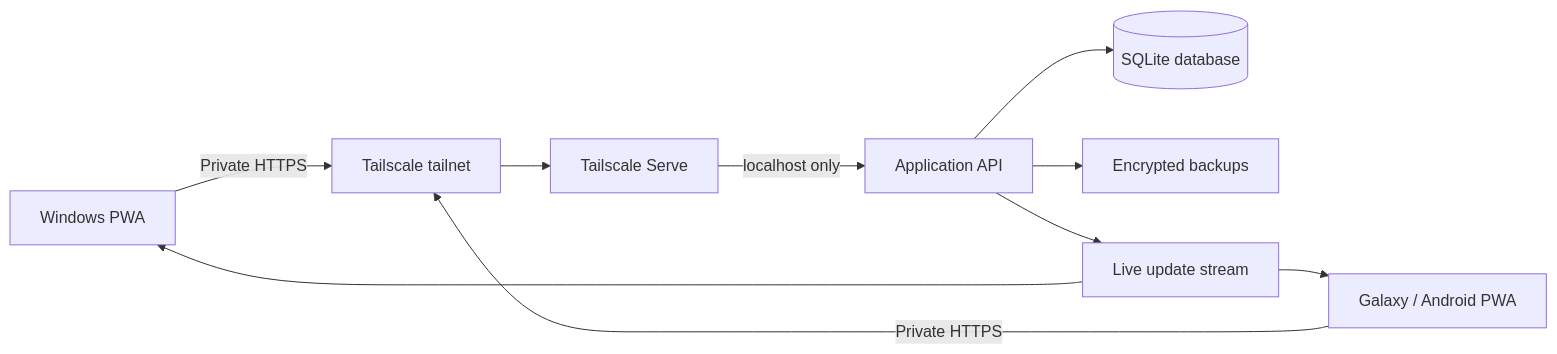
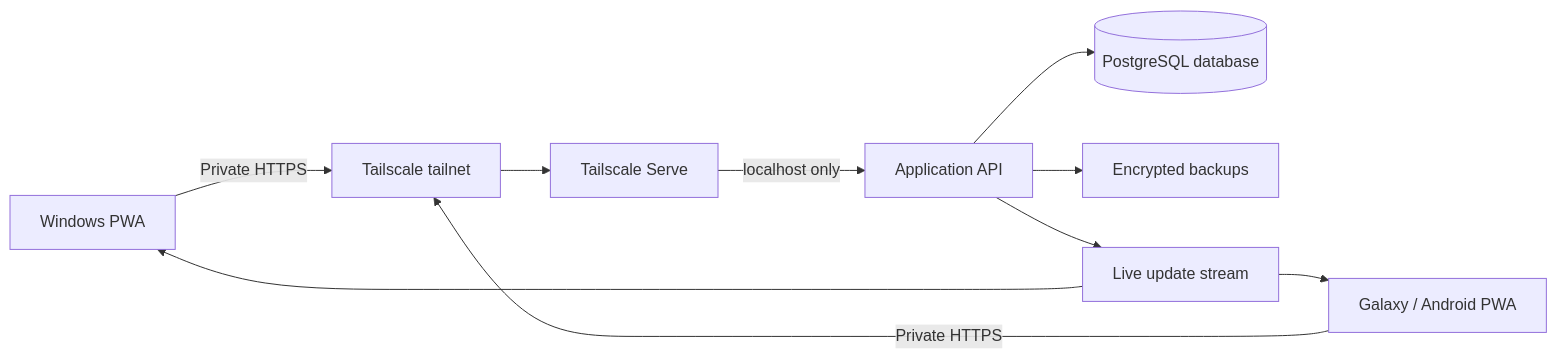
One commit to TgaaR/familyChores changed the diagram in PROJECT_PLAN.md. Above: the diagram before and after it, drawn with Mermaid. The commit also changed other lines of this file and 41 other files, not shown here.

Commit message:
Removed benefits and related functionality, including domain models, tests, migrations, and resources. Replaced SQLite with PostgreSQL as the primary database. Updated documentation to reflect changes.

````diff
--- a/PROJECT_PLAN.md
+++ b/PROJECT_PLAN.md
@@ -35,12 +35,12 @@
 ```mermaid
 flowchart LR
     W[Windows PWA] -->|Private HTTPS| T[Tailscale tailnet]
     A[Galaxy / Android PWA] -->|Private HTTPS| T
     T --> S[Tailscale Serve]
     S -->|localhost only| API[Application API]
-    API --> DB[(SQLite database)]
+    API --> DB[(PostgreSQL database)]
     API --> B[Encrypted backups]
     API --> E[Live update stream]
     E --> W
     E --> A
 ```
````
